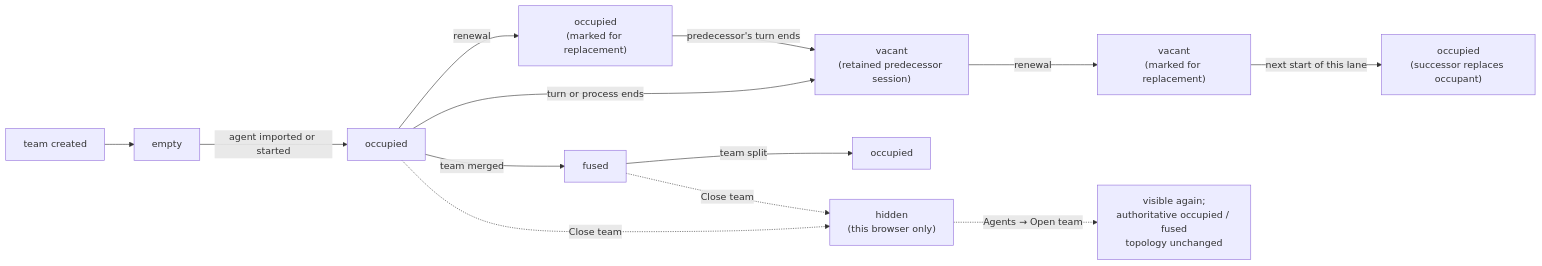
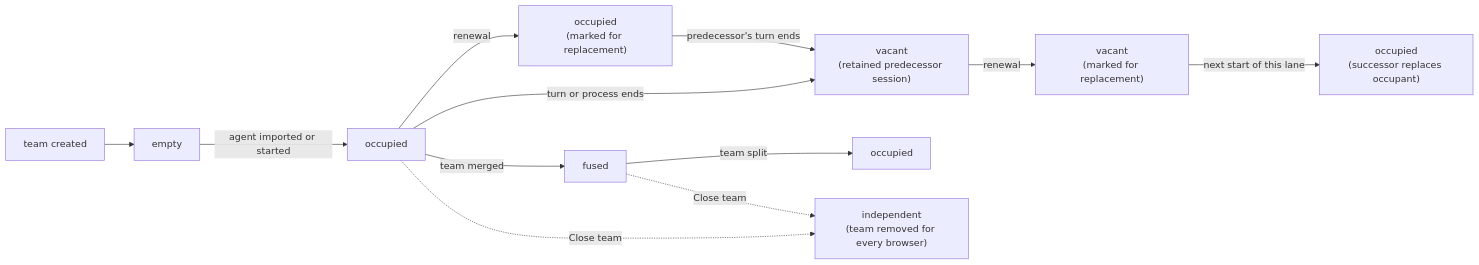
Diagram 13 of 17 in docs/product/loops.md (infimalabs/spice-rust), drawn with Mermaid before and after one commit. The commit also changed other lines of this file and 16 other files, not shown here.

Commit message:
canvas: Close team removes every member instead of hiding the team

````diff
--- a/docs/product/loops.md
+++ b/docs/product/loops.md
@@ -361,15 +361,14 @@
 ```mermaid
 flowchart LR
   C["team created"] --> E["empty"]
   E -->|"agent imported or started"| O["occupied"]
   O -->|"renewal"| OM["occupied<br/>(marked for replacement)"]
   OM -->|"predecessor's turn ends"| Q
   O -->|"turn or process ends"| Q["vacant<br/>(retained predecessor session)"]
   Q -->|"renewal"| QM["vacant<br/>(marked for replacement)"]
   QM -->|"next start of this lane"| OR["occupied<br/>(successor replaces occupant)"]
   O -->|"team merged"| F["fused"]
   F -->|"team split"| OS["occupied"]
-  O -.->|"Close team"| H["hidden<br/>(this browser only)"]
-  F -.->|"Close team"| H
-  H -.->|"Agents → Open team"| V["visible again;<br/>authoritative occupied / fused<br/>topology unchanged"]
+  O -.->|"Close team"| I["independent<br/>(team removed for every browser)"]
+  F -.->|"Close team"| I
 ```
````
